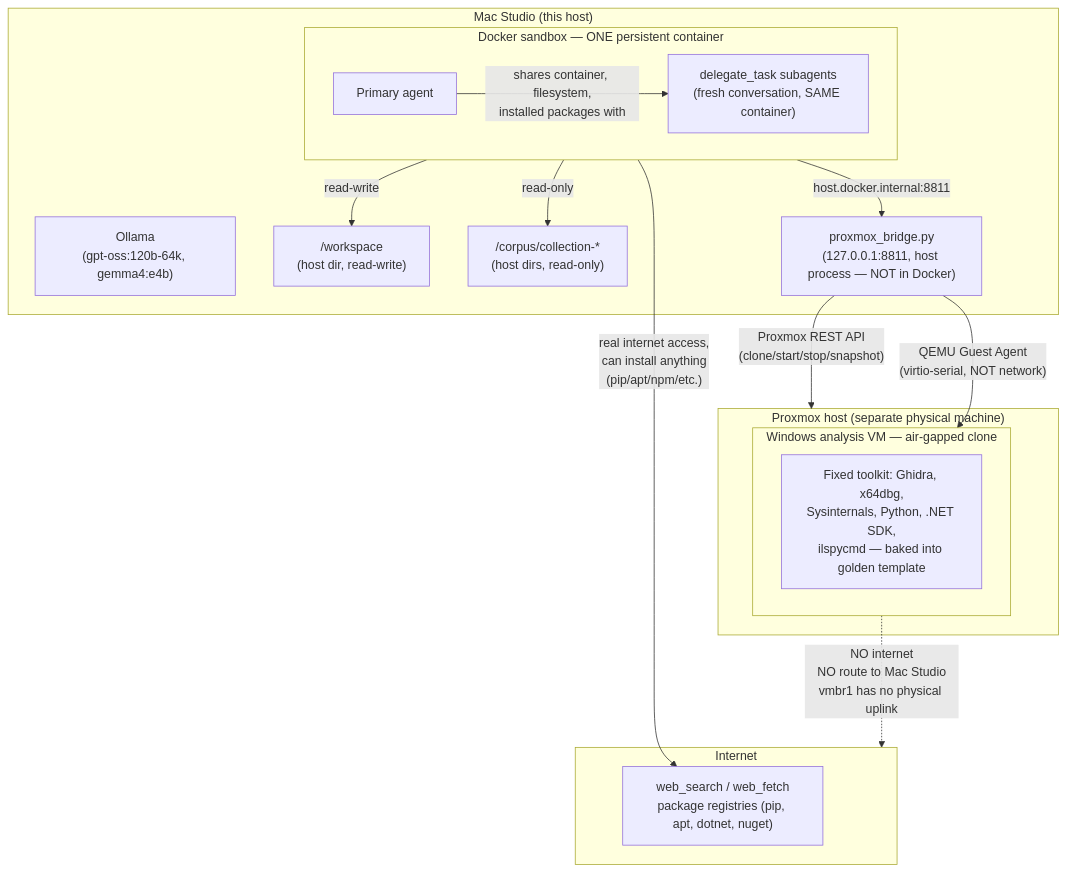
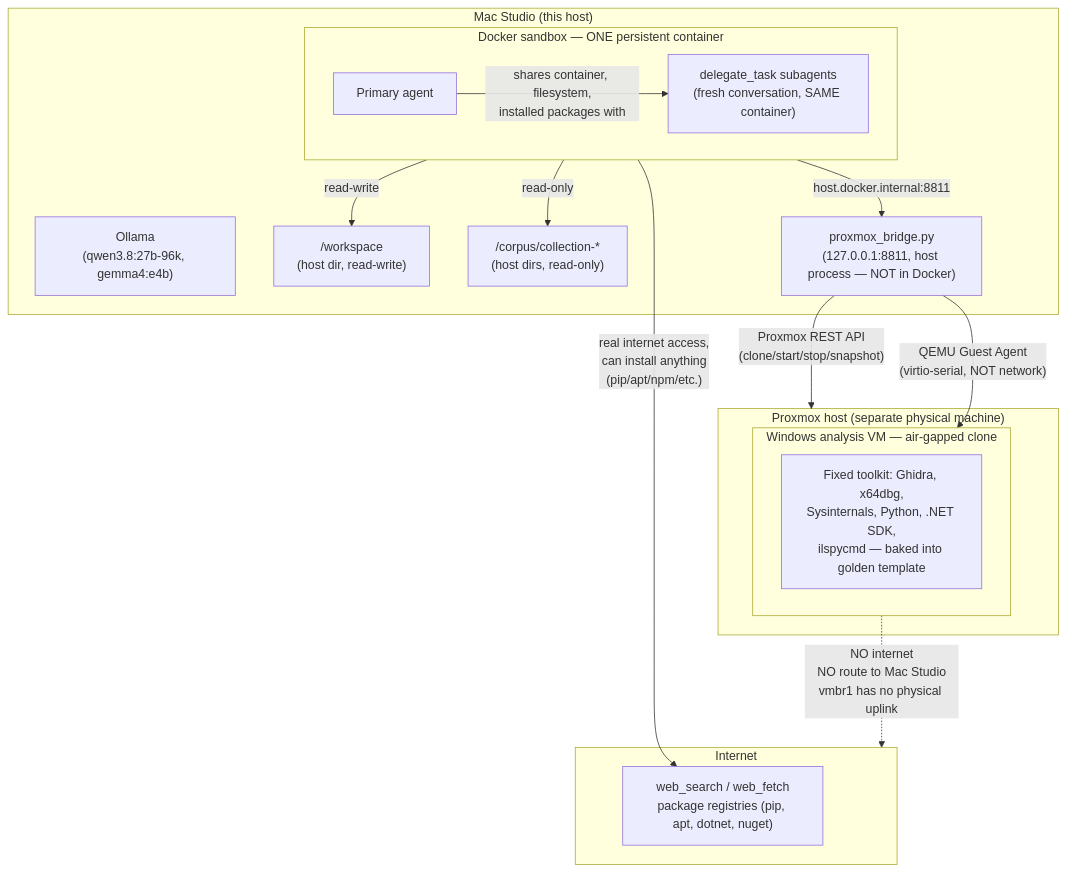
Before and after one commit to wataniguchi/hermes-agent-setup: the diagram in README.md, drawn with Mermaid. The commit also changed other lines of this file and 2 other files, not shown here.

Commit message:
Switch primary model from gpt-oss:120b to qwen3.8:27b across README and setup/verify scripts

````diff
--- a/README.md
+++ b/README.md
@@ -32,32 +32,32 @@
 ```mermaid
 flowchart TB
     subgraph MacStudio["Mac Studio (this host)"]
-        Ollama["Ollama\n(gpt-oss:120b-64k, gemma4:e4b)"]
+        Ollama["Ollama\n(qwen3.8:27b-96k, gemma4:e4b)"]
         subgraph DockerSandbox["Docker sandbox — ONE persistent container"]
             Primary["Primary agent"]
             Sub["delegate_task subagents\n(fresh conversation, SAME container)"]
         end
         Workspace["/workspace\n(host dir, read-write)"]
         Corpus["/corpus/collection-*\n(host dirs, read-only)"]
         Bridge["proxmox_bridge.py\n(127.0.0.1:8811, host process — NOT in Docker)"]
     end
 
     subgraph Internet["Internet"]
         Web["web_search / web_fetch\npackage registries (pip, apt, dotnet, nuget)"]
     end
 
     subgraph ProxmoxHost["Proxmox host (separate physical machine)"]
         subgraph WinVM["Windows analysis VM — air-gapped clone"]
             WinTools["Fixed toolkit: Ghidra, x64dbg,\nSysinternals, Python, .NET SDK,\nilspycmd — baked into golden template"]
         end
     end
 
     Primary -- "shares container, filesystem,\ninstalled packages with" --> Sub
     DockerSandbox -- "real internet access,\ncan install anything\n(pip/apt/npm/etc.)" --> Web
     DockerSandbox -- "read-write" --> Workspace
     DockerSandbox -- "read-only" --> Corpus
     DockerSandbox -- "host.docker.internal:8811" --> Bridge
     Bridge -- "Proxmox REST API\n(clone/start/stop/snapshot)" --> ProxmoxHost
     Bridge -- "QEMU Guest Agent\n(virtio-serial, NOT network)" --> WinVM
     WinVM -.->|"NO internet\nNO route to Mac Studio\nvmbr1 has no physical uplink"| Internet
 ```
````
